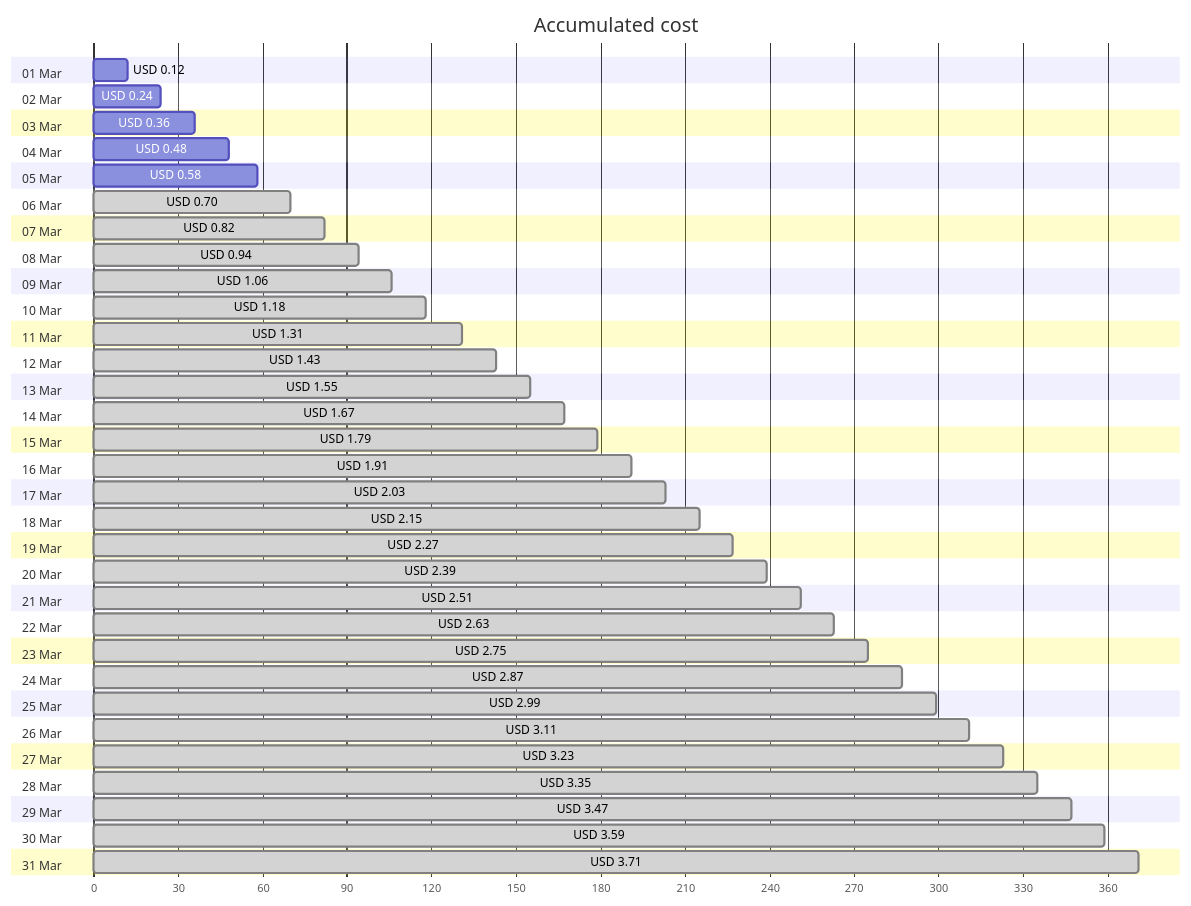
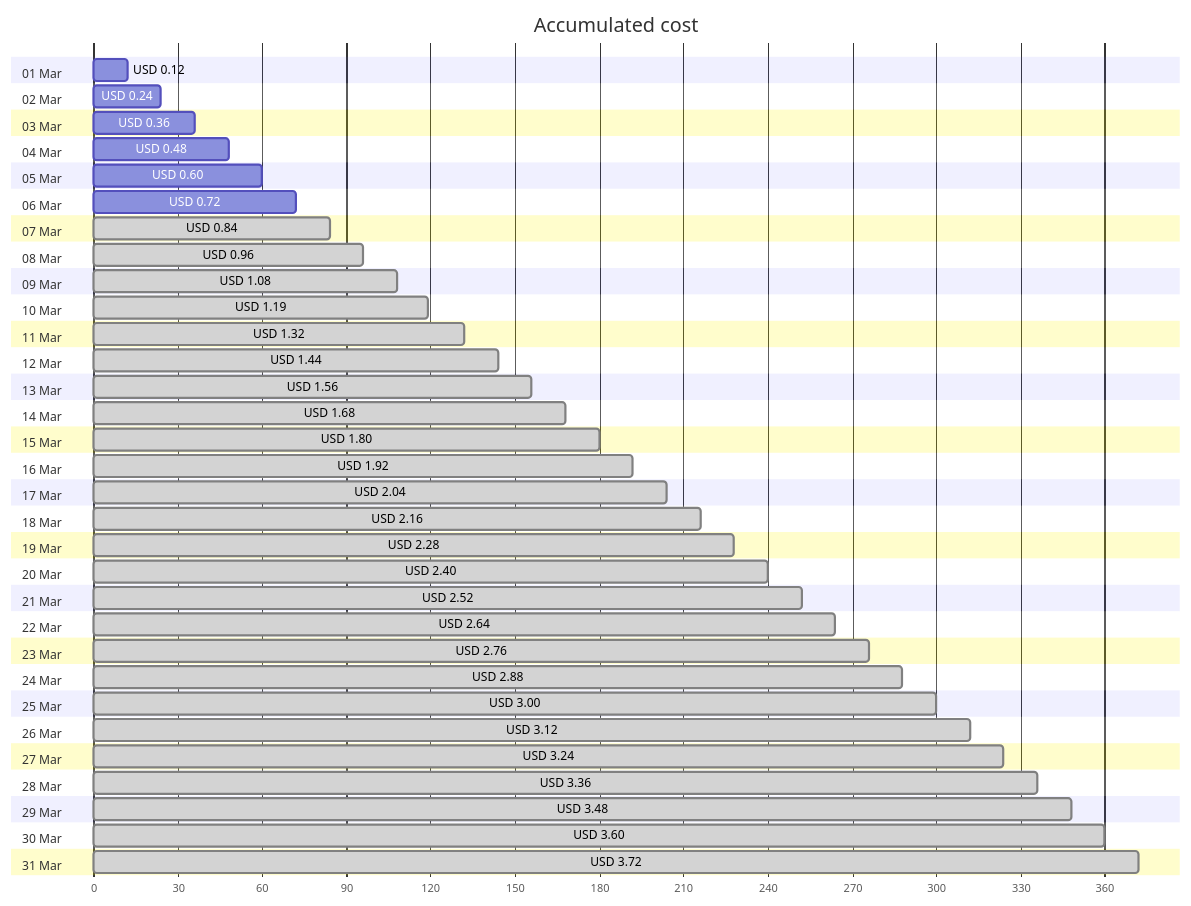
Before and after one commit to jpfulton/azure-personal-reports: the first of 4 diagrams in cost-reports/personal-network/vpn-server-public-ip.md, drawn with Mermaid. The commit also changed other lines of this file and 8 other files, not shown here.

````diff
--- a/cost-reports/personal-network/vpn-server-public-ip.md
+++ b/cost-reports/personal-network/vpn-server-public-ip.md
@@ -20,68 +20,68 @@
 ```mermaid
 gantt
    title Accumulated cost
    dateFormat  X
    axisFormat %s
    section 01 Mar
    USD 0.12 :0, 12
    section 02 Mar
    USD 0.24 :0, 24
    section 03 Mar
    USD 0.36 :0, 36
    section 04 Mar
    USD 0.48 :0, 48
    section 05 Mar
-   USD 0.58 :0, 58
+   USD 0.60 :0, 60
    section 06 Mar
-   USD 0.70 : done, 0, 70
+   USD 0.72 :0, 72
    section 07 Mar
-   USD 0.82 : done, 0, 82
+   USD 0.84 : done, 0, 84
    section 08 Mar
-   USD 0.94 : done, 0, 94
+   USD 0.96 : done, 0, 96
    section 09 Mar
-   USD 1.06 : done, 0, 106
+   USD 1.08 : done, 0, 108
    section 10 Mar
-   USD 1.18 : done, 0, 118
+   USD 1.19 : done, 0, 119
    section 11 Mar
-   USD 1.31 : done, 0, 131
+   USD 1.32 : done, 0, 132
    section 12 Mar
-   USD 1.43 : done, 0, 143
+   USD 1.44 : done, 0, 144
    section 13 Mar
-   USD 1.55 : done, 0, 155
+   USD 1.56 : done, 0, 156
    section 14 Mar
-   USD 1.67 : done, 0, 167
+   USD 1.68 : done, 0, 168
    section 15 Mar
-   USD 1.79 : done, 0, 179
+   USD 1.80 : done, 0, 180
    section 16 Mar
-   USD 1.91 : done, 0, 191
+   USD 1.92 : done, 0, 192
    section 17 Mar
-   USD 2.03 : done, 0, 203
+   USD 2.04 : done, 0, 204
    section 18 Mar
-   USD 2.15 : done, 0, 215
+   USD 2.16 : done, 0, 216
    section 19 Mar
-   USD 2.27 : done, 0, 227
+   USD 2.28 : done, 0, 228
    section 20 Mar
-   USD 2.39 : done, 0, 239
+   USD 2.40 : done, 0, 240
    section 21 Mar
-   USD 2.51 : done, 0, 251
+   USD 2.52 : done, 0, 252
    section 22 Mar
-   USD 2.63 : done, 0, 263
+   USD 2.64 : done, 0, 264
    section 23 Mar
-   USD 2.75 : done, 0, 275
+   USD 2.76 : done, 0, 276
    section 24 Mar
-   USD 2.87 : done, 0, 287
+   USD 2.88 : done, 0, 288
    section 25 Mar
-   USD 2.99 : done, 0, 299
+   USD 3.00 : done, 0, 300
    section 26 Mar
-   USD 3.11 : done, 0, 311
+   USD 3.12 : done, 0, 312
    section 27 Mar
-   USD 3.23 : done, 0, 323
+   USD 3.24 : done, 0, 324
    section 28 Mar
-   USD 3.35 : done, 0, 335
+   USD 3.36 : done, 0, 336
    section 29 Mar
-   USD 3.47 : done, 0, 347
+   USD 3.48 : done, 0, 348
    section 30 Mar
-   USD 3.59 : done, 0, 359
+   USD 3.60 : done, 0, 360
    section 31 Mar
-   USD 3.71 : done, 0, 371
+   USD 3.72 : done, 0, 372
 ```
````
